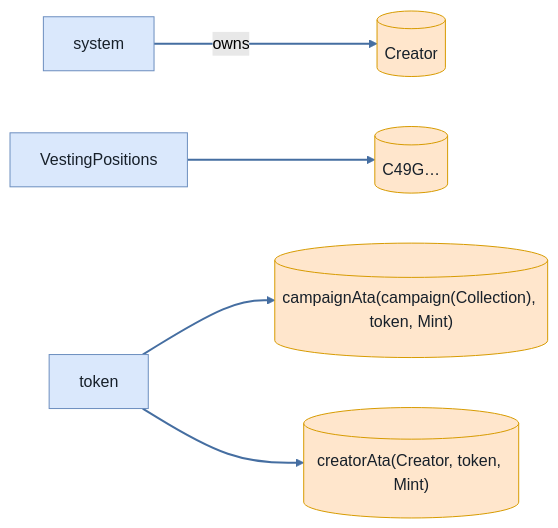
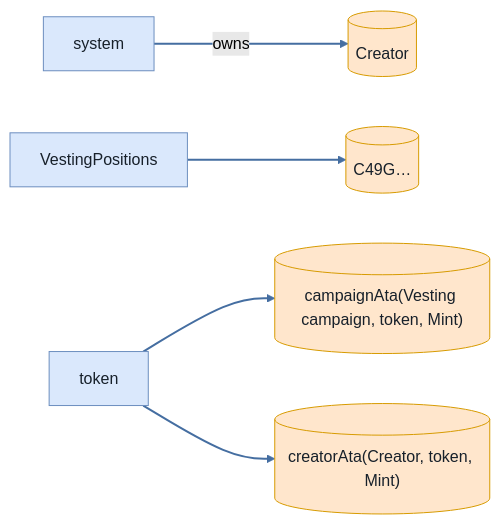
One commit to cds-turbin3/vesting-position changed the sixth of 6 diagrams in babelfish-tests/test-report/clawback_unclaimed_before_grace_fails.md. Above: the diagram before and after it, drawn with Mermaid (forest theme). The commit also changed other lines of this file and 104 other files, not shown here.

````diff
--- a/babelfish-tests/test-report/clawback_unclaimed_before_grace_fails.md
+++ b/babelfish-tests/test-report/clawback_unclaimed_before_grace_fails.md
@@ -245,18 +245,18 @@
 ```mermaid
 flowchart LR
     system["system"]:::program
     Creator[("Creator")]:::state
     VestingPositions["VestingPositions"]:::program
     C49G[("C49G…")]:::state
     token["token"]:::program
-    campaignAtacampaignCollectiontokenMint[("campaignAta(campaign(Collection), token, Mint)")]:::state
+    campaignAtaVestingcampaigntokenMint[("campaignAta(Vesting campaign, token, Mint)")]:::state
     creatorAtaCreatortokenMint[("creatorAta(Creator, token, Mint)")]:::state
     system -->|owns| Creator
     VestingPositions --> C49G
-    token --> campaignAtacampaignCollectiontokenMint
+    token --> campaignAtaVestingcampaigntokenMint
     token --> creatorAtaCreatortokenMint
     classDef program fill:#dae8fc,stroke:#6c8ebf,color:#17202a;
     classDef signer fill:#d5e8d4,stroke:#82b366,color:#17202a;
     classDef state fill:#ffe6cc,stroke:#d79b00,color:#17202a;
     linkStyle 0,1,2,3 stroke:#456ea1,stroke-width:2px
 ```
````
